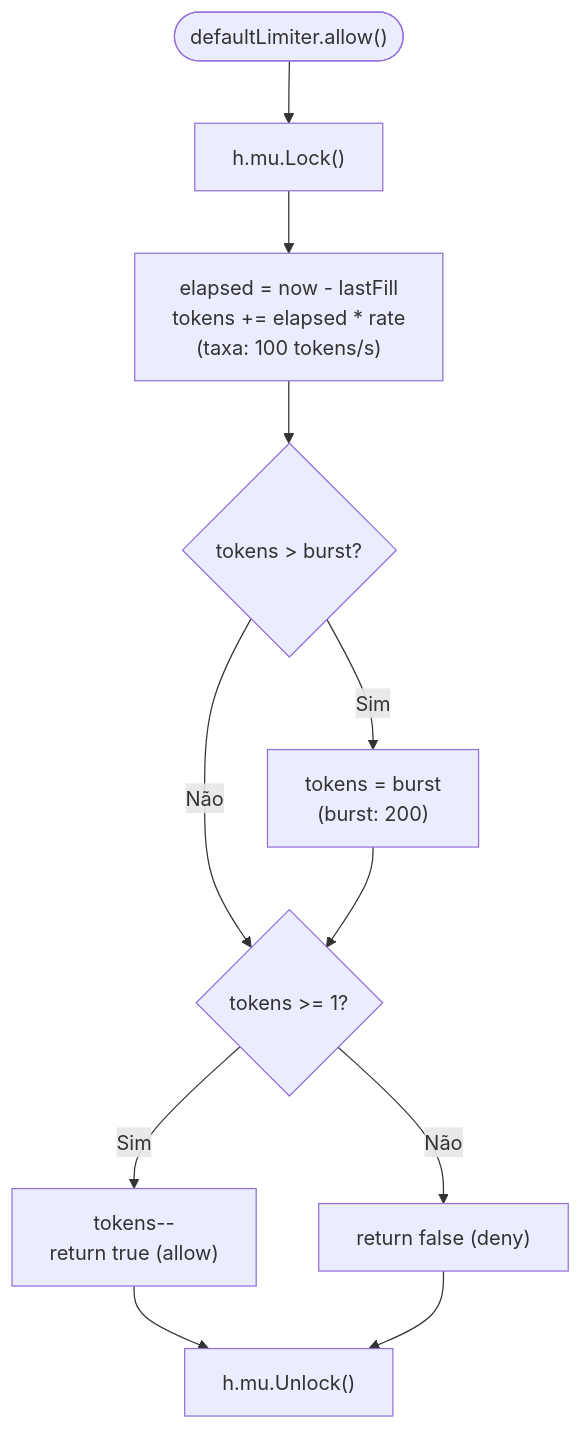
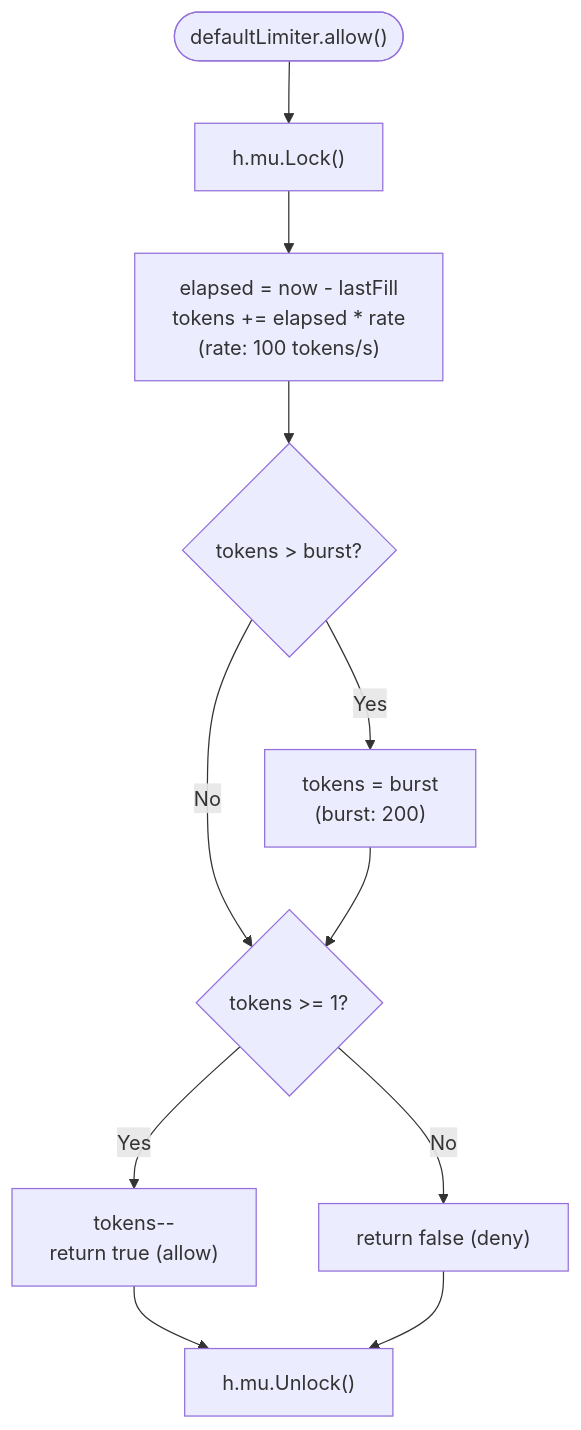
Before and after one commit to fabianoflorentino/certificate-validate: the seventh of 14 diagrams in docs/ARCHITECTURE.md, drawn with Mermaid. The commit also changed other lines of this file and 2 other files, not shown here.

````diff
--- a/docs/ARCHITECTURE.md
+++ b/docs/ARCHITECTURE.md
@@ -355,13 +355,13 @@
 ```mermaid
 flowchart TB
     allow(["defaultLimiter.allow()"]) --> lock["h.mu.Lock()"]
-    lock --> calc["elapsed = now - lastFill\ntokens += elapsed * rate\n(taxa: 100 tokens/s)"]
+    lock --> calc["elapsed = now - lastFill\ntokens += elapsed * rate\n(rate: 100 tokens/s)"]
     calc --> cap{"tokens > burst?"}
-    cap -->|"Sim"| capTokens["tokens = burst\n(burst: 200)"]
-    cap -->|"Não"| checkTokens{"tokens >= 1?"}
+    cap -->|"Yes"| capTokens["tokens = burst\n(burst: 200)"]
+    cap -->|"No"| checkTokens{"tokens >= 1?"}
     capTokens --> checkTokens
-    checkTokens -->|"Sim"| consume["tokens--\nreturn true (allow)"]
-    checkTokens -->|"Não"| returnFalse["return false (deny)"]
+    checkTokens -->|"Yes"| consume["tokens--\nreturn true (allow)"]
+    checkTokens -->|"No"| returnFalse["return false (deny)"]
     consume --> unlock["h.mu.Unlock()"]
     returnFalse --> unlock
 ```
````
